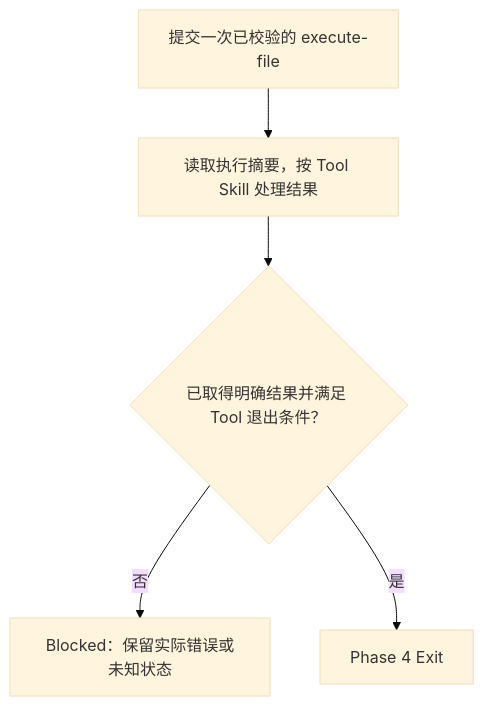
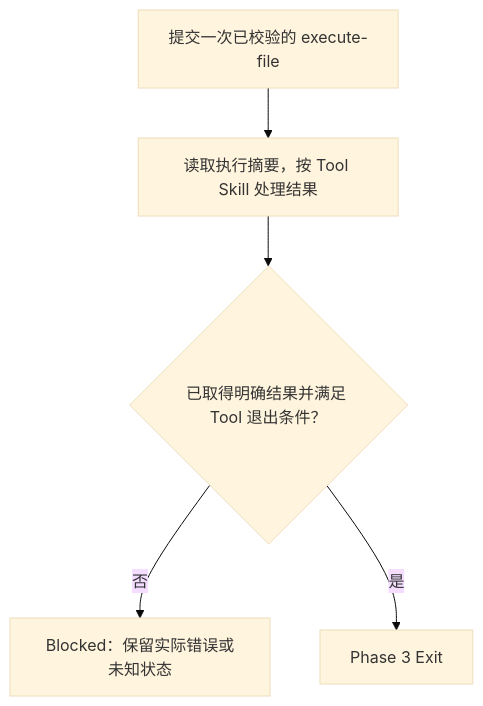
The tenth of 11 diagrams in assets/scout/skills/domain-rbt-executor/SKILL.md (daihothot/scout), drawn with Mermaid (base theme) before and after one commit. The commit also changed other lines of this file and 2 other files, not shown here.

````diff
--- a/assets/scout/skills/domain-rbt-executor/SKILL.md
+++ b/assets/scout/skills/domain-rbt-executor/SKILL.md
@@ -345,7 +463,7 @@
 ```mermaid
 flowchart TD
   A["提交一次已校验的 execute-file"] --> B["读取执行摘要，按 Tool Skill 处理结果"]
   B --> C{"已取得明确结果并满足 Tool 退出条件？"}
   C -- 否 --> X["Blocked：保留实际错误或未知状态"]
-  C -- 是 --> E["Phase 4 Exit"]
+  C -- 是 --> E["Phase 3 Exit"]
 ```
````
